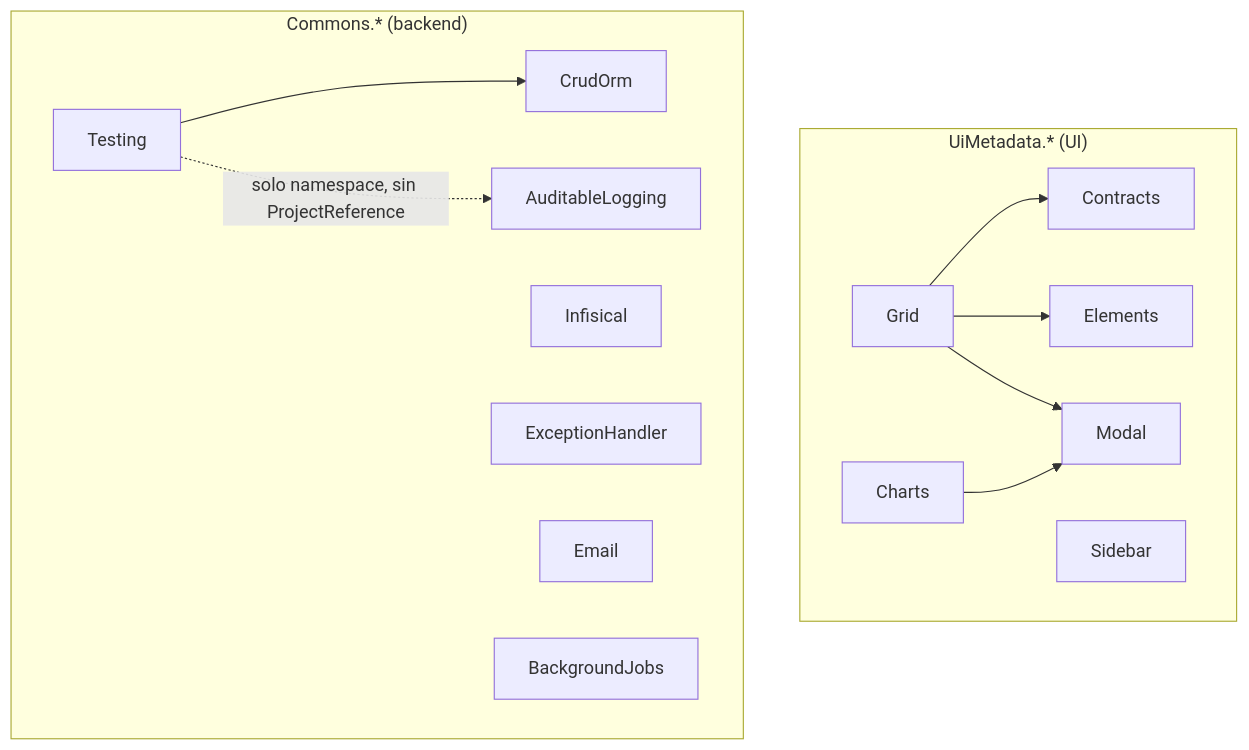
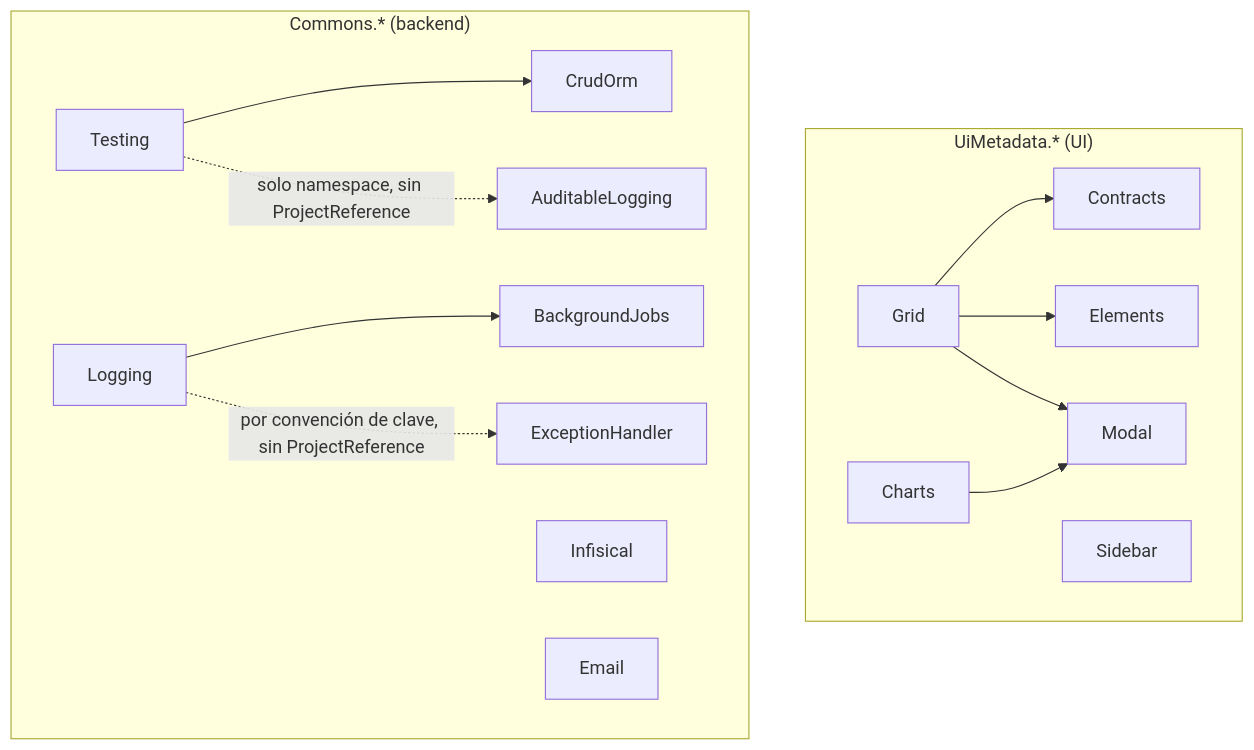
Before and after one commit to corebound-labs/docs: the diagram in README.md, drawn with Mermaid. The commit also changed other lines of this file and 3 other files, not shown here.

Commit message:
docs: add Commons.Logging package page, update ExceptionHandler for CorrelationId/500 fix

````diff
--- a/README.md
+++ b/README.md
@@ -17,41 +17,45 @@
 ```mermaid
 graph TD
     subgraph "UiMetadata.* (UI)"
         Contracts[Contracts]
         Elements[Elements]
         Modal[Modal]
         Grid[Grid]
         Sidebar[Sidebar]
         Charts[Charts]
     end
     subgraph "Commons.* (backend)"
         CrudOrm[CrudOrm]
         Infisical[Infisical]
         Audit[AuditableLogging]
         ExcHandler[ExceptionHandler]
         Email[Email]
         Testing[Testing]
         Jobs[BackgroundJobs]
+        Logging[Logging]
     end
 
     Grid --> Contracts
     Grid --> Elements
     Grid --> Modal
     Charts --> Modal
     Testing --> CrudOrm
     Testing -.->|"solo namespace, sin ProjectReference"| Audit
+    Logging --> Jobs
+    Logging -.->|"por convención de clave, sin ProjectReference"| ExcHandler
 
     click Contracts "packages/uimetadata-contracts.md"
     click Elements "packages/uimetadata-elements.md"
     click Modal "packages/uimetadata-modal.md"
     click Grid "packages/uimetadata-grid.md"
     click Sidebar "packages/uimetadata-sidebar.md"
     click Charts "packages/uimetadata-charts.md"
     click CrudOrm "packages/commons-crudorm.md"
     click Infisical "packages/commons-infisical.md"
     click Audit "packages/commons-auditablelogging.md"
     click ExcHandler "packages/commons-exceptionhandler.md"
     click Email "packages/commons-email.md"
     click Testing "packages/commons-testing.md"
     click Jobs "packages/commons-backgroundjobs.md"
+    click Logging "packages/commons-logging.md"
 ```
````
